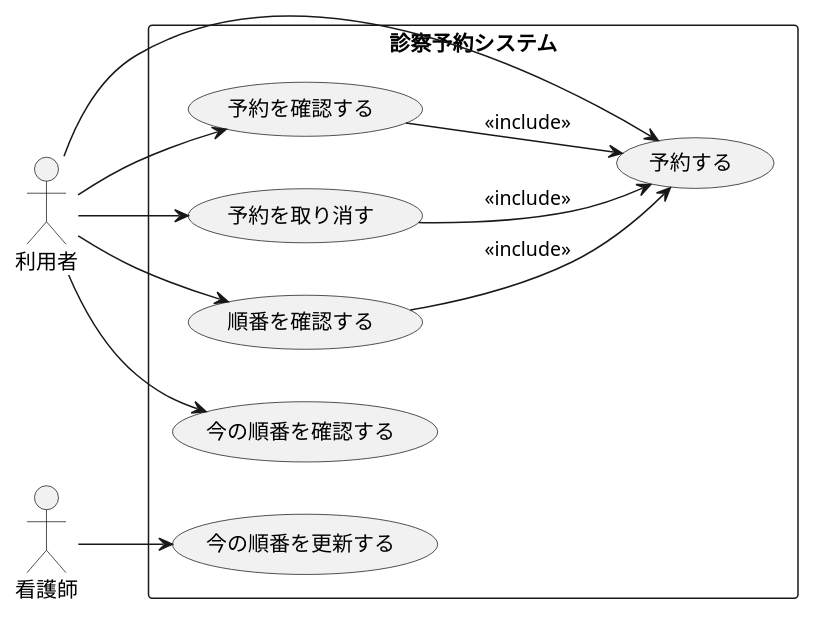
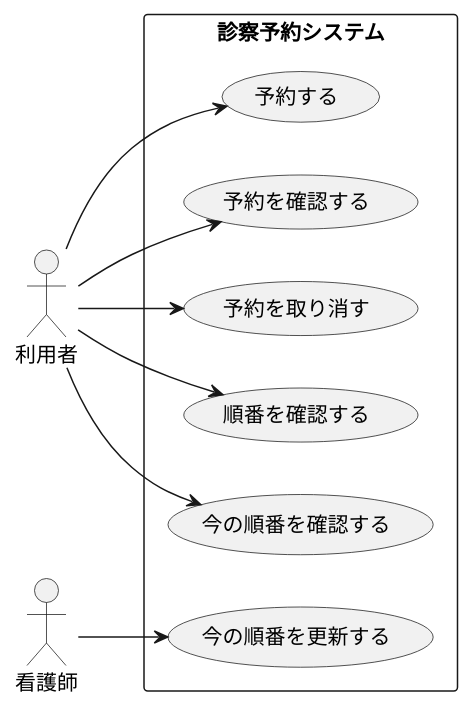
One commit to yoshidasen/uml-introduction changed the diagram in 演習6-3_ユースケース図_診察予約システム.pu. Above: the diagram before and after it, drawn with PlantUML.

Commit message:
演習6-3

```diff
--- a/演習6-3_ユースケース図_診察予約システム.pu
+++ b/演習6-3_ユースケース図_診察予約システム.pu
@@ -1,26 +1,26 @@
 @startuml 診察予約システム
     left to right direction
 
     actor 利用者 as user
     actor 看護師 as nurse
 
     rectangle 診察予約システム {
         usecase 予約する as U1
         usecase 予約を確認する as U2
         usecase 予約を取り消す as U3
         usecase 順番を確認する as U4
         usecase 今の順番を確認する as U5
         usecase 今の順番を更新する as N1
     }
 
     user --> U1
     user --> U2
-    U2 --> U1 : <<include>>
+    ' U2 --> U1 : <<include>>
     user --> U3
-    U3 --> U1 : <<include>>
+    ' U3 --> U1 : <<include>>
     user --> U4
-    U4 --> U1  : <<include>>
+    ' U4 --> U1  : <<include>>
     user --> U5
     nurse --> N1
 
 @enduml
```
